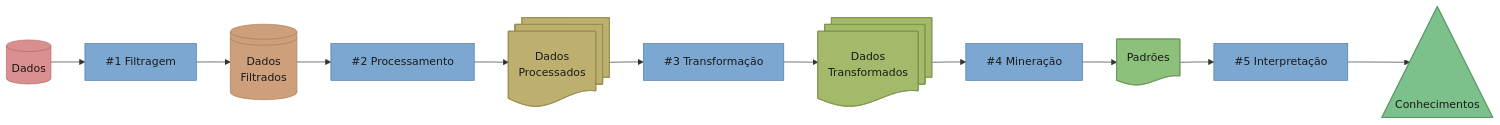
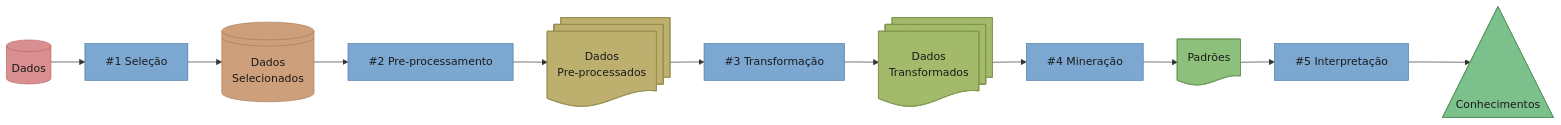
The first of 3 diagrams in README.md (felipe-tertuliano/tcc_inep), drawn with Mermaid before and after one commit. The commit also changed other lines of this file and 3 other files, not shown here.

Commit message:
chore: mermaid in article

````diff
--- a/README.md
+++ b/README.md
@@ -12,32 +12,32 @@
 ```mermaid
 flowchart LR
     D1@{ shape: cyl, label: "Dados" }
-    P1@{ shape: rect, label: "#1 Filtragem" }
-    D2@{ shape: lin-cyl, label: "Dados\nFiltrados" }
-    P2@{ shape: rect, label: "#2 Processamento" }
-    D3@{ shape: docs, label: "Dados\nProcessados" }
+    P1@{ shape: rect, label: "#1 Seleção" }
+    D2@{ shape: lin-cyl, label: "Dados\nSelecionados" }
+    P2@{ shape: rect, label: "#2 Pre-processamento" }
+    D3@{ shape: docs, label: "Dados\nPre-processados" }
     P3@{ shape: rect, label: "#3 Transformação" }
     D4@{ shape: docs, label: "Dados\nTransformados" }
     P4@{ shape: rect, label: "#4 Mineração" }
     D5@{ shape: doc, label: "Padrões" }
     P5@{ shape: rect, label: "#5 Interpretação" }
     D6@{ shape: tri, label: "Conhecimentos" }
 
     D1 --> P1 --> D2 --> P2 --> D3 --> P3 --> D4 --> P4 --> D5 --> P5 --> D6
 
     classDef p fill:#7BA7D0,stroke:#4A7AA9,color:#1a1a1a,stroke-width:1px
     classDef d1 fill:#D98F8F,stroke:#B56565,color:#1a1a1a,stroke-width:1px
     classDef d2 fill:#CD9F7A,stroke:#A87D5A,color:#1a1a1a,stroke-width:1px
     classDef d3 fill:#BDB06F,stroke:#978D4F,color:#1a1a1a,stroke-width:1px
     classDef d4 fill:#A4BA6B,stroke:#7E944B,color:#1a1a1a,stroke-width:1px
     classDef d5 fill:#8DC07A,stroke:#6A9657,color:#1a1a1a,stroke-width:1px
     classDef d6 fill:#7CC08C,stroke:#559662,color:#1a1a1a,stroke-width:1px
 
     class P1,P2,P3,P4,P5 p
     class D1 d1
     class D2 d2
     class D3 d3
     class D4 d4
     class D5 d5
     class D6 d6
 ```
````
